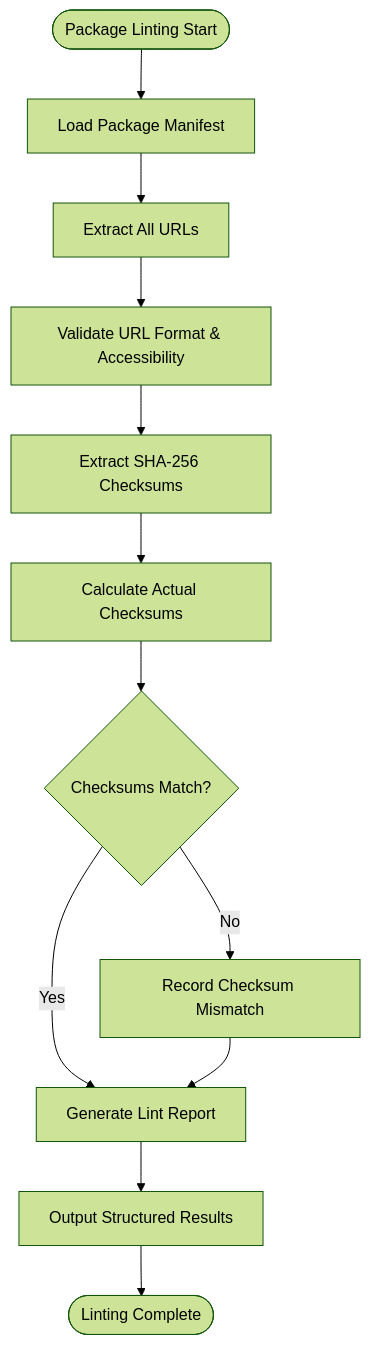
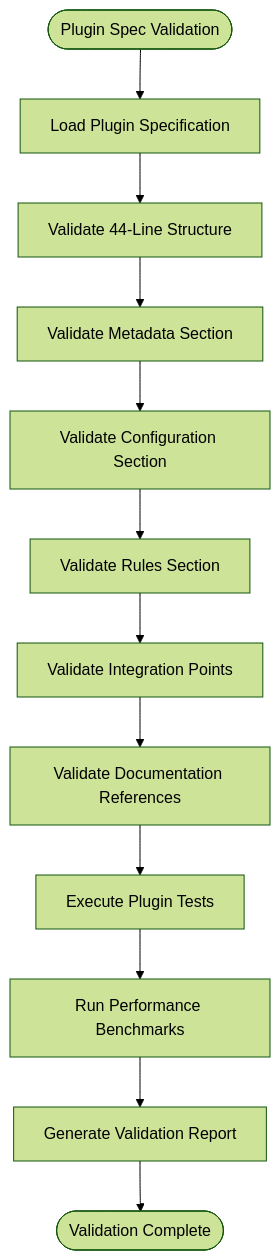
One commit to tonythethompson/numan-registry changed the sixth of 8 diagrams in .qoder/repowiki/en/content/Package Development Guide/Package Validation and Testing.md. Above: the diagram before and after it, drawn with Mermaid (forest theme). The commit also changed other lines of this file and 14 other files, not shown here.

````diff
--- a/.qoder/repowiki/en/content/Package Development Guide/Package Validation and Testing.md
+++ b/.qoder/repowiki/en/content/Package Development Guide/Package Validation and Testing.md
@@ -299,14 +338,14 @@
 ```mermaid
 flowchart TD
-Start([Package Linting Start]) --> LoadManifest["Load Package Manifest"]
-LoadManifest --> ExtractURLs["Extract All URLs"]
-ExtractURLs --> ValidateURLs["Validate URL Format & Accessibility"]
-ValidateURLs --> ExtractChecksums["Extract SHA-256 Checksums"]
-ExtractChecksums --> CalculateChecksums["Calculate Actual Checksums"]
-CalculateChecksums --> CompareChecksums{"Checksums Match?"}
-CompareChecksums --> |No| ChecksumError["Record Checksum Mismatch"]
-CompareChecksums --> |Yes| GenerateReport["Generate Lint Report"]
-ChecksumError --> GenerateReport
-GenerateReport --> OutputResults["Output Structured Results"]
-OutputResults --> End([Linting Complete])
+Start([Plugin Spec Validation]) --> LoadSpec["Load Plugin Specification"]
+LoadSpec --> ValidateStructure["Validate 44-Line Structure"]
+ValidateStructure --> CheckMetadata["Validate Metadata Section"]
+CheckMetadata --> CheckConfig["Validate Configuration Section"]
+CheckConfig --> CheckRules["Validate Rules Section"]
+CheckRules --> CheckIntegration["Validate Integration Points"]
+CheckIntegration --> CheckDocs["Validate Documentation References"]
+CheckDocs --> RunTests["Execute Plugin Tests"]
+RunTests --> PerformanceCheck["Run Performance Benchmarks"]
+PerformanceCheck --> GenerateReport["Generate Validation Report"]
+GenerateReport --> End([Validation Complete])
 ```
````
